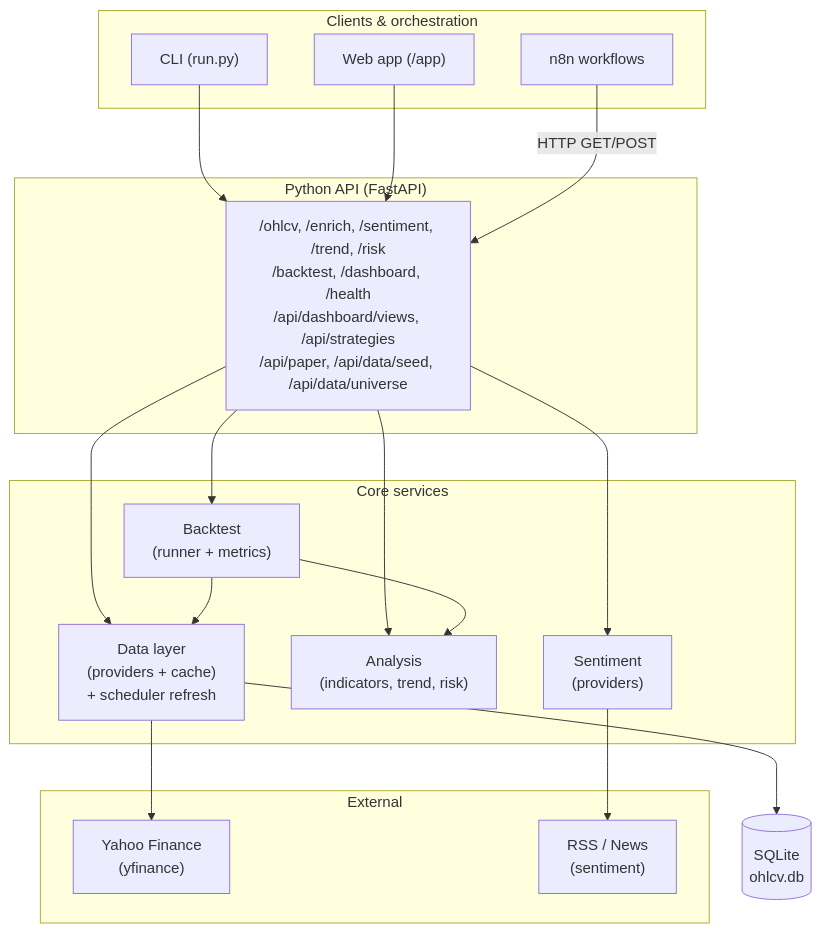
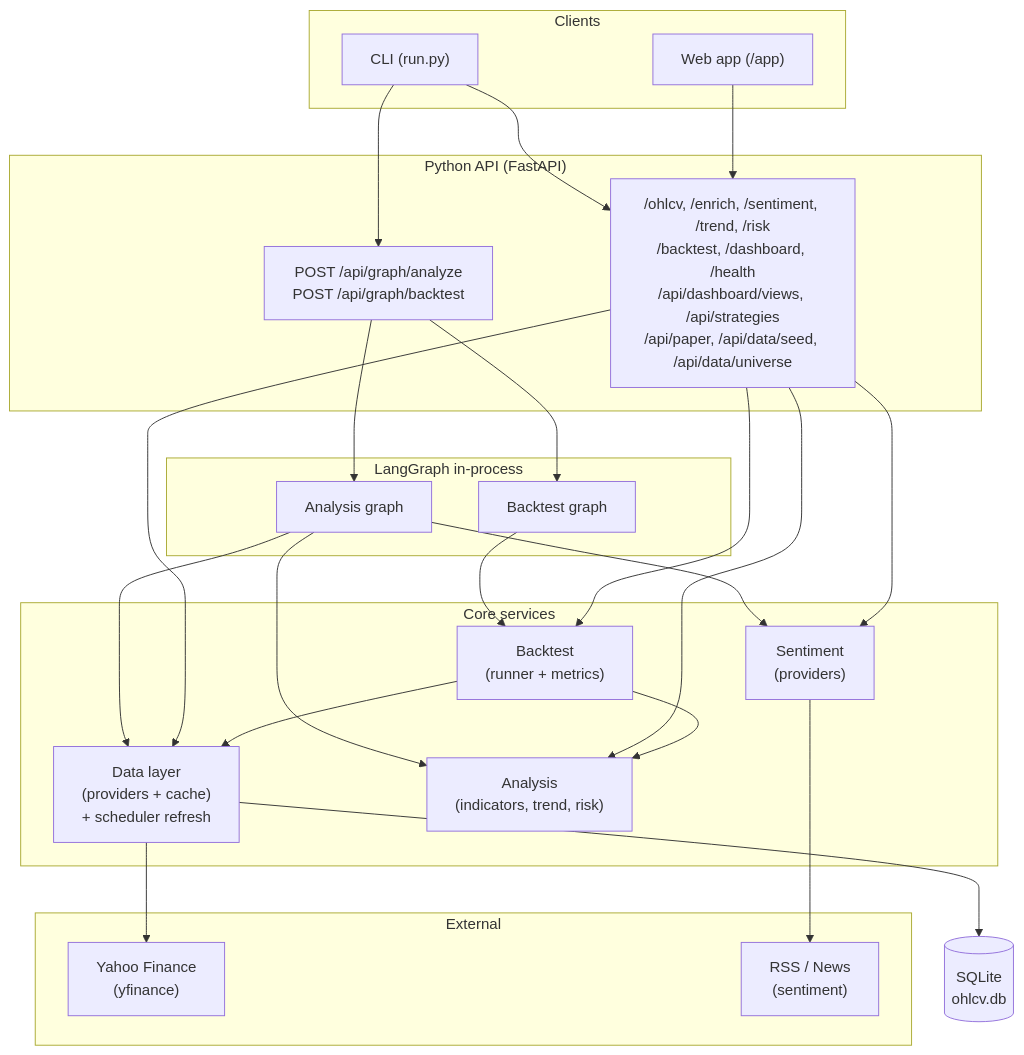
One commit to vaghblogger/stockAnalyser changed the first of 7 diagrams in ARCHITECTURE.md. Above: the diagram before and after it, drawn with Mermaid. The commit also changed other lines of this file and 21 other files, not shown here.

First line of the commit message:
Sync docs and code: graph module, cache, API routes, static assets, CHANGE_SUMMARY

````diff
--- a/ARCHITECTURE.md
+++ b/ARCHITECTURE.md
@@ -9,39 +9,49 @@
 ```mermaid
 flowchart TB
-    subgraph Clients["Clients & orchestration"]
+    subgraph Clients["Clients"]
         CLI["CLI (run.py)"]
         Web["Web app (/app)"]
-        n8n["n8n workflows"]
     end
 
     subgraph API["Python API (FastAPI)"]
         Routes["/ohlcv, /enrich, /sentiment, /trend, /risk\n/backtest, /dashboard, /health\n/api/dashboard/views, /api/strategies\n/api/paper, /api/data/seed, /api/data/universe"]
+        GraphRoutes["POST /api/graph/analyze\nPOST /api/graph/backtest"]
+    end
+
+    subgraph LangGraph["LangGraph in-process"]
+        AnalysisGraph["Analysis graph"]
+        BacktestGraph["Backtest graph"]
     end
 
     subgraph Core["Core services"]
         Data["Data layer\n(providers + cache)\n+ scheduler refresh"]
         Analysis["Analysis\n(indicators, trend, risk)"]
         Sentiment["Sentiment\n(providers)"]
         Backtest["Backtest\n(runner + metrics)"]
     end
 
     subgraph External["External"]
         Yahoo["Yahoo Finance\n(yfinance)"]
         RSS["RSS / News\n(sentiment)"]
     end
 
     CLI --> Routes
     Web --> Routes
-    n8n -->|"HTTP GET/POST"| Routes
-
+    CLI --> GraphRoutes
+    GraphRoutes --> AnalysisGraph
+    GraphRoutes --> BacktestGraph
+    AnalysisGraph --> Data
+    AnalysisGraph --> Analysis
+    AnalysisGraph --> Sentiment
+    BacktestGraph --> Backtest
     Routes --> Data
     Routes --> Analysis
     Routes --> Sentiment
     Routes --> Backtest
 
     Data --> Yahoo
     Data --> Cache[(SQLite\nohlcv.db)]
     Sentiment --> RSS
     Backtest --> Data
     Backtest --> Analysis
 ```
````
